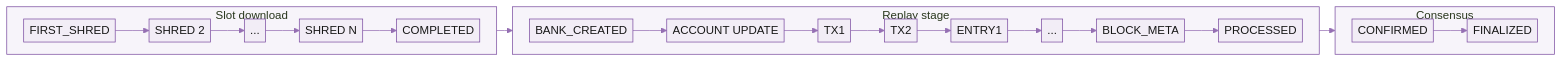
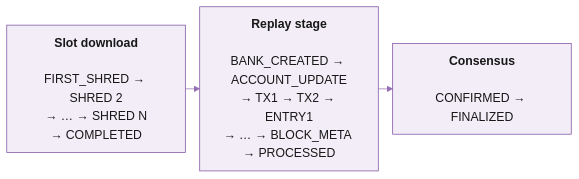
One commit to kshyndina/docs changed the diagram in solana/streaming/dragons-mouth-g-rpc.mdx. Above: the diagram before and after it, drawn with Mermaid. The commit also changed other lines of this file and 2 other files, not shown here.

````diff
--- a/solana/streaming/dragons-mouth-g-rpc.mdx
+++ b/solana/streaming/dragons-mouth-g-rpc.mdx
@@ -1730,20 +1107,5 @@
 ```mermaid
-%%{init: {'theme':'base','themeVariables':{'fontSize':'16px','primaryColor':'#F2EDF6','primaryBorderColor':'#7A4BA0','primaryTextColor':'#171717','lineColor':'#956FB3','secondaryColor':'#E4DBEC','tertiaryColor':'#D7C9E3','noteBkgColor':'#FFC845','noteTextColor':'#171717','clusterBkg':'#F7F4FA','clusterBorder':'#7A4BA0','actorBkg':'#F2EDF6','actorBorder':'#7A4BA0','actorTextColor':'#171717','signalColor':'#492D60','labelBoxBkgColor':'#7A4BA0','labelTextColor':'#F7F7F7','edgeLabelBackground':'transparent'},'flowchart':{'nodeSpacing':14,'rankSpacing':22,'padding':4,'curve':'linear'}}}%%
+%%{init: {'theme':'base','themeVariables':{'fontSize':'17px','primaryColor':'#F2EDF6','primaryBorderColor':'#7A4BA0','primaryTextColor':'#171717','lineColor':'#956FB3','edgeLabelBackground':'transparent'},'flowchart':{'nodeSpacing':12,'rankSpacing':20,'padding':12,'curve':'linear'}}}%%
 flowchart LR
-    subgraph SD["Slot download"]
-      direction LR
-      S1[FIRST_SHRED] --> S2[SHRED 2] --> S3[...] --> S4[SHRED N] --> S5[COMPLETED]
-    end
-
-    subgraph RS["Replay stage"]
-      direction LR
-      R1[BANK_CREATED] --> R2[ACCOUNT UPDATE] --> R3[TX1] --> R4[TX2] --> R5[ENTRY1] --> R6[...] --> R7[BLOCK_META] --> R8[PROCESSED]
-    end
-
-    subgraph CN["Consensus"]
-      direction LR
-      C1[CONFIRMED] --> C2[FINALIZED]
-    end
-
-    SD --> RS --> CN
+    SD["<b>Slot download</b><br/><br/>FIRST_SHRED → SHRED 2<br/>→ … → SHRED N<br/>→ COMPLETED"] --> RS["<b>Replay stage</b><br/><br/>BANK_CREATED → ACCOUNT_UPDATE<br/>→ TX1 → TX2 → ENTRY1<br/>→ … → BLOCK_META → PROCESSED"] --> CN["<b>Consensus</b><br/><br/>CONFIRMED → FINALIZED"]
 ```
````
